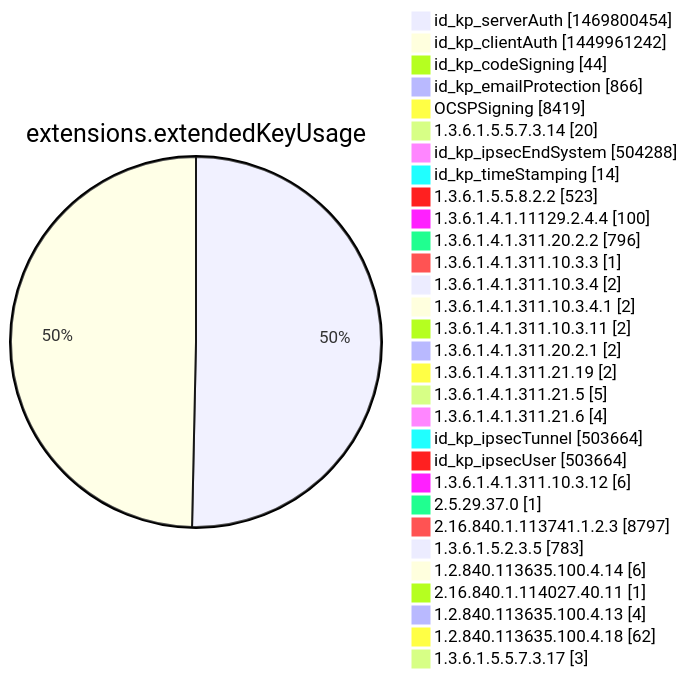
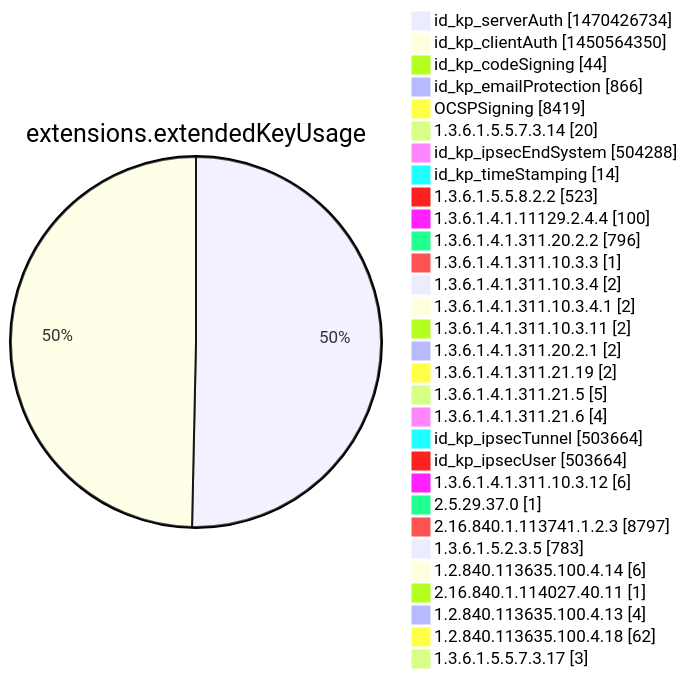
One commit to christiankrug/ctmonitor_visualization changed diagram 12 of 15 in argon2022/README.md. Above: the diagram before and after it, drawn with Mermaid. The commit also changed other lines of this file, not shown here.

````diff
--- a/argon2022/README.md
+++ b/argon2022/README.md
@@ -3555,34 +3555,34 @@
 ```mermaid
 pie showData
 title extensions.extendedKeyUsage
-"id_kp_serverAuth" :1469800454
-"id_kp_clientAuth" :1449961242
+"id_kp_serverAuth" :1470426734
+"id_kp_clientAuth" :1450564350
 "id_kp_codeSigning" :44
 "id_kp_emailProtection" :866
 "OCSPSigning" :8419
 "1.3.6.1.5.5.7.3.14" :20
 "id_kp_ipsecEndSystem" :504288
 "id_kp_timeStamping" :14
 "1.3.6.1.5.5.8.2.2" :523
 "1.3.6.1.4.1.11129.2.4.4" :100
 "1.3.6.1.4.1.311.20.2.2" :796
 "1.3.6.1.4.1.311.10.3.3" :1
 "1.3.6.1.4.1.311.10.3.4" :2
 "1.3.6.1.4.1.311.10.3.4.1" :2
 "1.3.6.1.4.1.311.10.3.11" :2
 "1.3.6.1.4.1.311.20.2.1" :2
 "1.3.6.1.4.1.311.21.19" :2
 "1.3.6.1.4.1.311.21.5" :5
 "1.3.6.1.4.1.311.21.6" :4
 "id_kp_ipsecTunnel" :503664
 "id_kp_ipsecUser" :503664
 "1.3.6.1.4.1.311.10.3.12" :6
 "2.5.29.37.0" :1
 "2.16.840.1.113741.1.2.3" :8797
 "1.3.6.1.5.2.3.5" :783
 "1.2.840.113635.100.4.14" :6
 "2.16.840.1.114027.40.11" :1
 "1.2.840.113635.100.4.13" :4
 "1.2.840.113635.100.4.18" :62
 "1.3.6.1.5.5.7.3.17" :3
 ```
````
